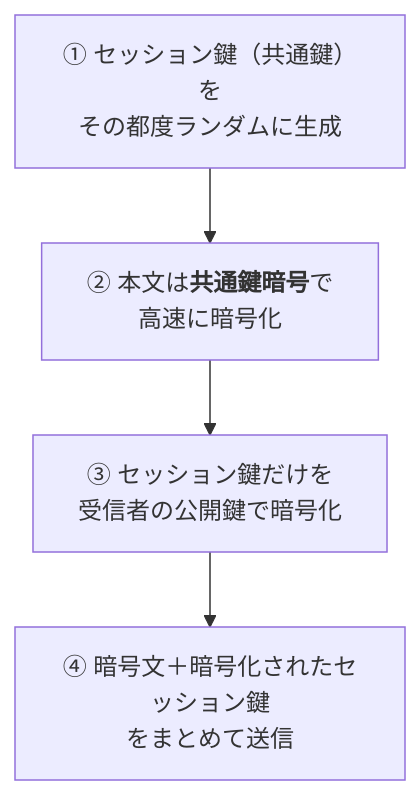
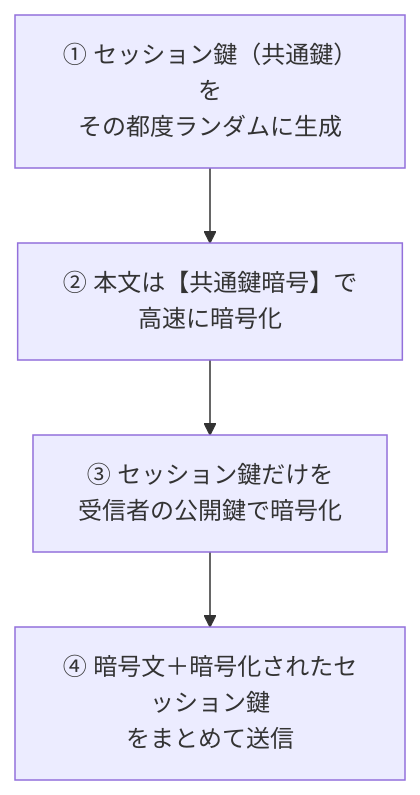
The second of 6 diagrams in AM/11-security/11-1-情報セキュリティ.md (yoppi0650-ai/network-notes), drawn with Mermaid before and after one commit. The commit also changed other lines of this file and 6 other files, not shown here.

First line of the commit message:
Mermaid図55点をGitHubで正しく描画されるよう修正

````diff
--- a/AM/11-security/11-1-情報セキュリティ.md
+++ b/AM/11-security/11-1-情報セキュリティ.md
@@ -93,8 +93,8 @@
 ```mermaid
 graph TB
   K["① セッション鍵（共通鍵）を<br/>その都度ランダムに生成"]
-  D["② 本文は<b>共通鍵暗号</b>で<br/>高速に暗号化"]
+  D["② 本文は【共通鍵暗号】で<br/>高速に暗号化"]
   E["③ セッション鍵だけを<br/>受信者の公開鍵で暗号化"]
   S["④ 暗号文＋暗号化されたセッション鍵<br/>をまとめて送信"]
   K --> D --> E --> S
 ```
````
